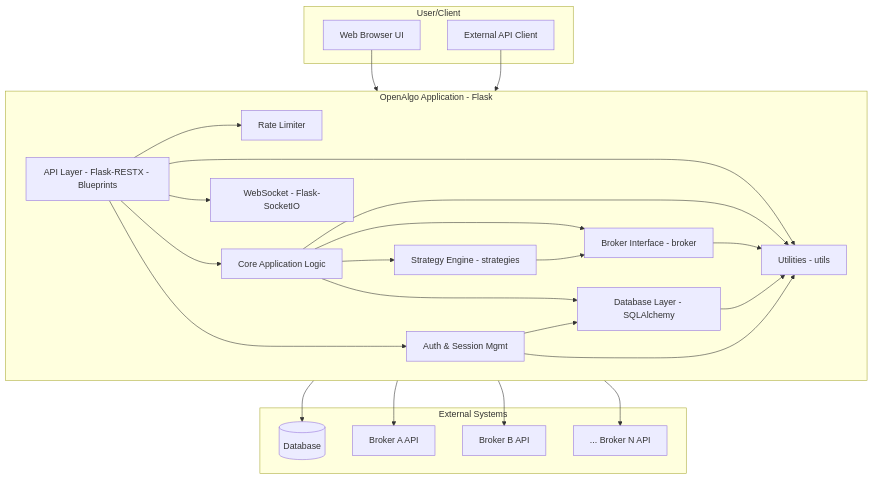
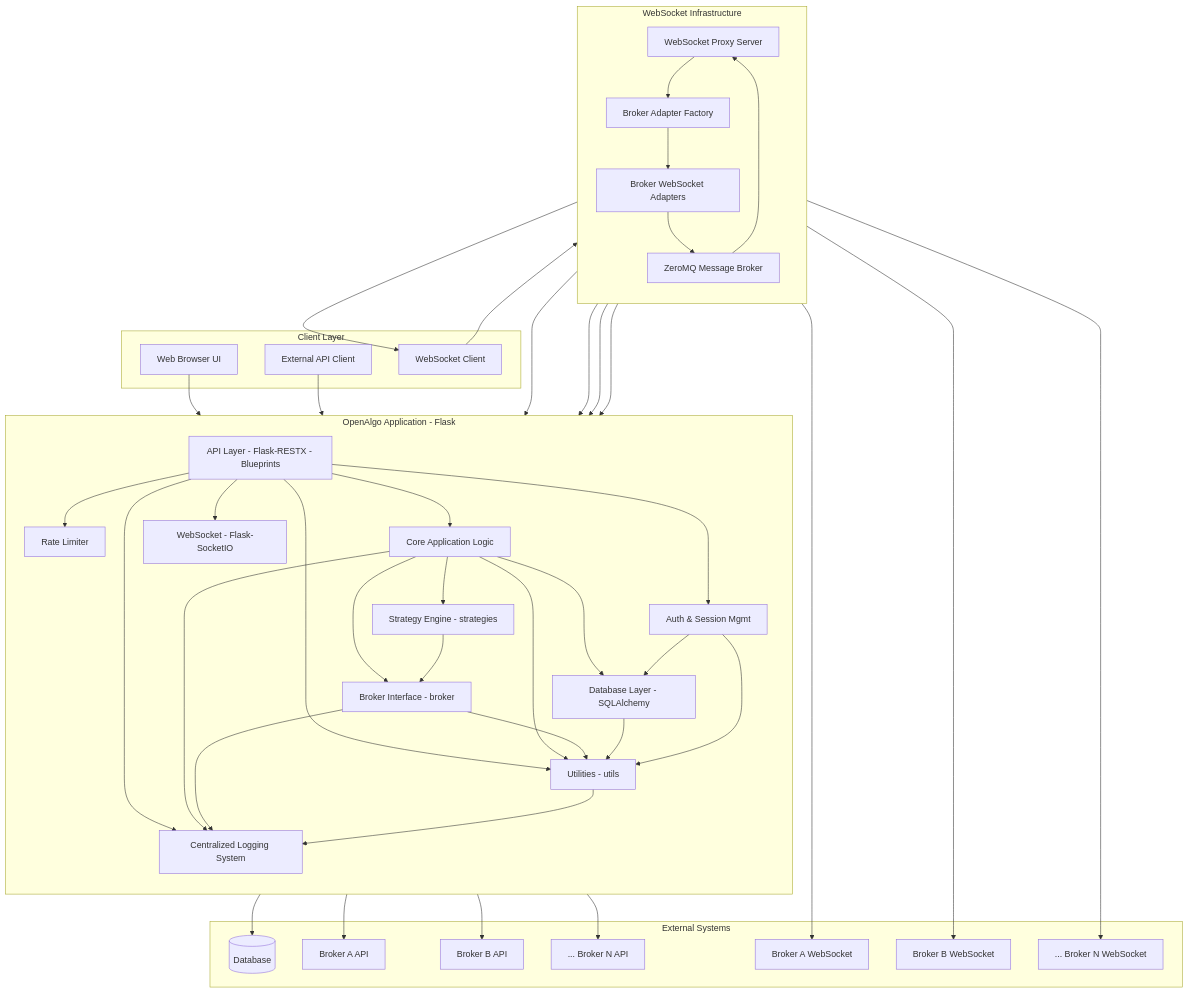
The diagram in design/01_architecture.md (rockstarrajeev/tradeboard), drawn with Mermaid before and after one commit. The commit also changed other lines of this file and 8 other files, not shown here.

````diff
--- a/design/01_architecture.md
+++ b/design/01_architecture.md
@@ -50,12 +55,13 @@
 ```mermaid
 graph TD
-    subgraph "User/Client" 
-        UI[Web Browser UI]
+    subgraph "Client Layer"
+        WebUI[Web Browser UI]
         APIClient[External API Client]
+        WSClient[WebSocket Client]
     end
 
     subgraph "OpenAlgo Application - Flask"
-        direction LR
+        direction TB
         APILayer[API Layer - Flask-RESTX - Blueprints]
         Auth[Auth & Session Mgmt]
         RateLimiter[Rate Limiter]
@@ -65,6 +71,15 @@
         BrokerInterface[Broker Interface - broker]
         DBLayer[Database Layer - SQLAlchemy]
         Utils[Utilities - utils]
+        LoggingSystem[Centralized Logging System]
+    end
+
+    subgraph "WebSocket Infrastructure"
+        direction TB
+        WSProxy[WebSocket Proxy Server]
+        BrokerAdapters[Broker WebSocket Adapters]
+        ZMQBroker[ZeroMQ Message Broker]
+        AdapterFactory[Broker Adapter Factory]
     end
 
     subgraph "External Systems"
@@ -72,9 +87,13 @@
         BrokerAPI1[Broker A API]
         BrokerAPI2[Broker B API]
         BrokerAPIn[... Broker N API]
+        BrokerWS1[Broker A WebSocket]
+        BrokerWS2[Broker B WebSocket]
+        BrokerWSn[... Broker N WebSocket]
     end
 
-    UI --> APILayer
+    %% Main Application Flow
+    WebUI --> APILayer
     APIClient --> APILayer
     APILayer --> Auth
     APILayer --> RateLimiter
@@ -89,9 +108,32 @@
     BrokerInterface --> BrokerAPI2
     BrokerInterface --> BrokerAPIn
     DBLayer --> DB
+    
+    %% WebSocket Flow
+    WSClient --> WSProxy
+    WSProxy --> AdapterFactory
+    AdapterFactory --> BrokerAdapters
+    BrokerAdapters --> ZMQBroker
+    ZMQBroker --> WSProxy
+    WSProxy --> WSClient
+    BrokerAdapters --> BrokerWS1
+    BrokerAdapters --> BrokerWS2
+    BrokerAdapters --> BrokerWSn
+    
+    %% Utility Dependencies
     APILayer --> Utils
     CoreLogic --> Utils
     BrokerInterface --> Utils
     DBLayer --> Utils
     Auth --> Utils
+    WSProxy --> Utils
+    BrokerAdapters --> Utils
+    
+    %% Logging System
+    APILayer --> LoggingSystem
+    CoreLogic --> LoggingSystem
+    BrokerInterface --> LoggingSystem
+    WSProxy --> LoggingSystem
+    BrokerAdapters --> LoggingSystem
+    Utils --> LoggingSystem
 ```
````
